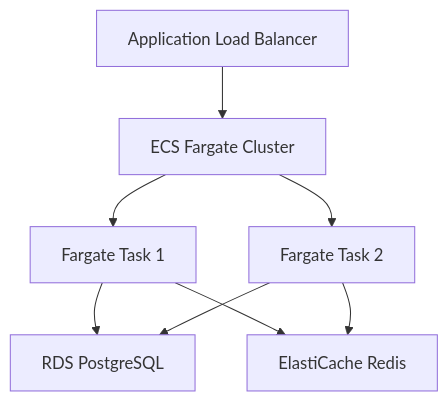
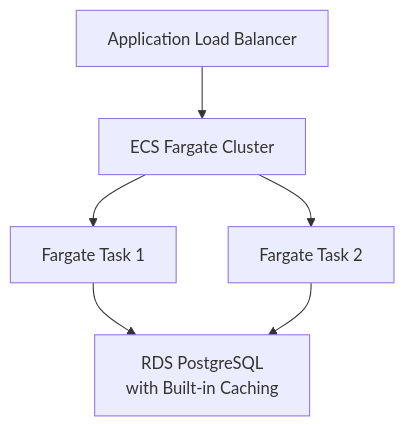
One commit to giventadeveloporg/event-site-manager-service changed the second of 3 diagrams in src/main/resources/documentation/infrastructure_deployment/AWS_Deployment_Architecture_Guide_Updated.md. Above: the diagram before and after it, drawn with Mermaid. The commit also changed other lines of this file and 30 other files, not shown here.

````diff
--- a/src/main/resources/documentation/infrastructure_deployment/AWS_Deployment_Architecture_Guide_Updated.md
+++ b/src/main/resources/documentation/infrastructure_deployment/AWS_Deployment_Architecture_Guide_Updated.md
@@ -52,17 +49,14 @@
 ```mermaid
 graph TB
     ALB[Application Load Balancer]
     ECS[ECS Fargate Cluster]
     TASK1[Fargate Task 1]
     TASK2[Fargate Task 2]
-    RDS[RDS PostgreSQL]
-    REDIS[ElastiCache Redis]
-    
+    RDS[RDS PostgreSQL<br/>with Built-in Caching]
+
     ALB --> ECS
     ECS --> TASK1
     ECS --> TASK2
     TASK1 --> RDS
     TASK2 --> RDS
-    TASK1 --> REDIS
-    TASK2 --> REDIS
 ```
````
